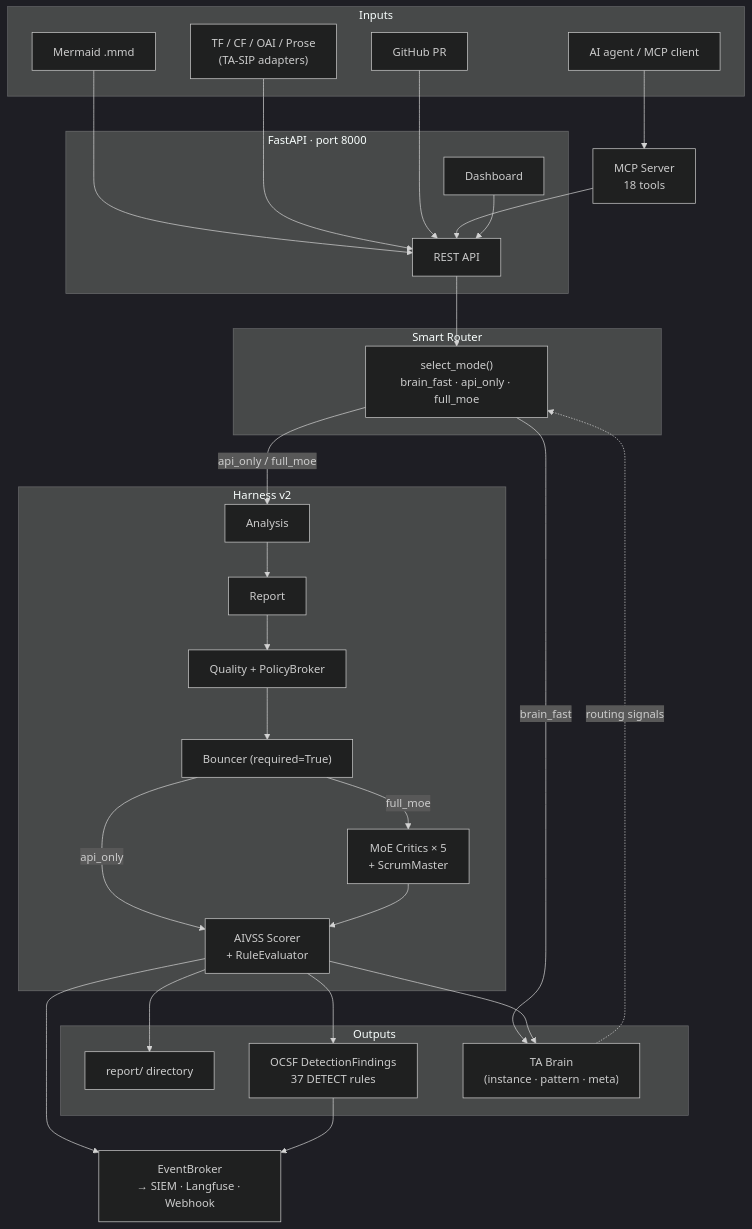
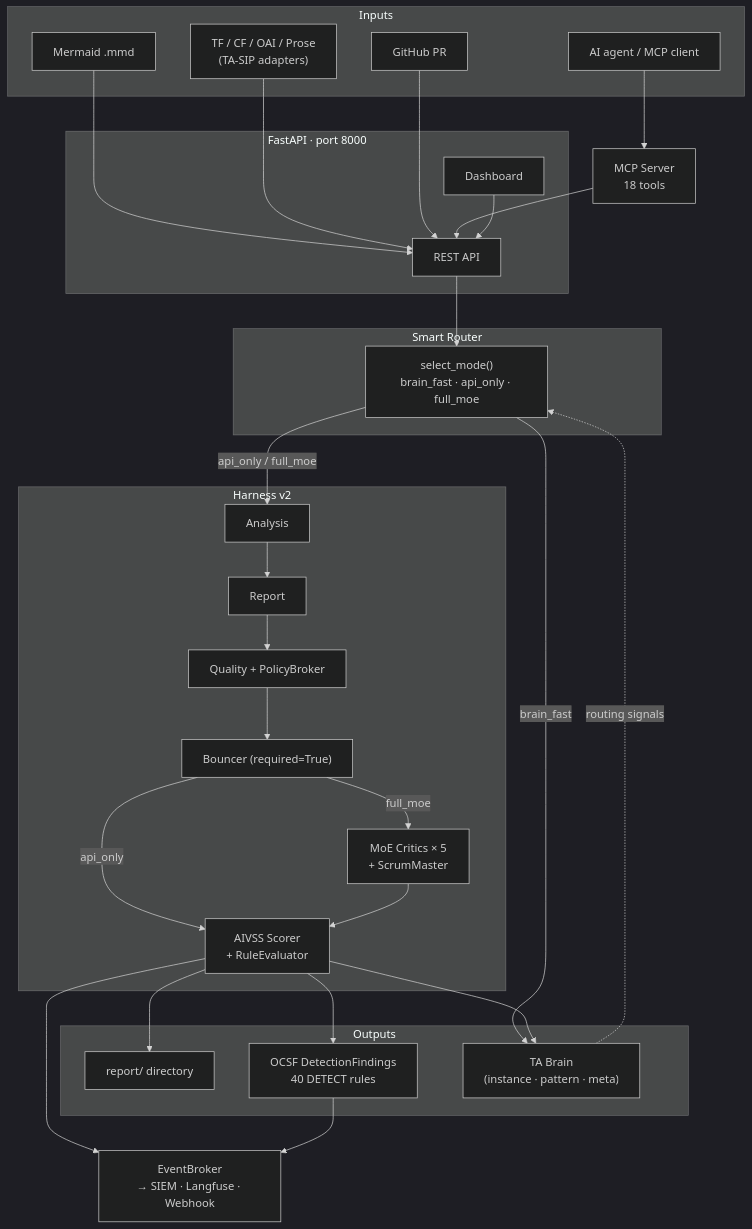
Before and after one commit to BerdTan/threatassessor: the diagram in README.md, drawn with Mermaid (dark theme). The commit also changed other lines of this file, not shown here.

First line of the commit message:
docs(readme): update DETECT rule count, add P28, fix blog post count

````diff
--- a/README.md
+++ b/README.md
@@ -14,63 +14,63 @@
 ```mermaid
 flowchart TD
     subgraph Inputs
         mmd_in["Mermaid .mmd"]
         sip_in["TF / CF / OAI / Prose\n(TA-SIP adapters)"]
         pr_in["GitHub PR"]
         ai_in["AI agent / MCP client"]
     end
 
     subgraph Service["FastAPI  ·  port 8000"]
         rest_api["REST API"]
         dash_ui["Dashboard"]
     end
 
     mcp_srv["MCP Server\n18 tools"]
 
     subgraph Router["Smart Router"]
         sr["select_mode()\nbrain_fast · api_only · full_moe"]
     end
 
     subgraph Harness["Harness v2"]
         an_s["Analysis"]
         rp_s["Report"]
         ql_s["Quality + PolicyBroker"]
         bo_s["Bouncer  (required=True)"]
         cr_s["MoE Critics × 5\n+ ScrumMaster"]
         av_s["AIVSS Scorer\n+ RuleEvaluator"]
     end
 
     eb["EventBroker\n→ SIEM · Langfuse · Webhook"]
 
     subgraph Outputs
         rep_o["report/ directory"]
-        ocsf_o["OCSF DetectionFindings\n37 DETECT rules"]
+        ocsf_o["OCSF DetectionFindings\n40 DETECT rules"]
         brn_o["TA Brain\n(instance · pattern · meta)"]
     end
 
     mmd_in --> rest_api
     sip_in --> rest_api
     pr_in --> rest_api
     ai_in --> mcp_srv
     mcp_srv --> rest_api
     dash_ui --> rest_api
 
     rest_api --> sr
     brn_o -.->|routing signals| sr
 
     sr -->|brain_fast| brn_o
     sr -->|api_only / full_moe| an_s
 
     an_s --> rp_s
     rp_s --> ql_s
     ql_s --> bo_s
     bo_s -->|api_only| av_s
     bo_s -->|full_moe| cr_s
     cr_s --> av_s
 
     av_s --> rep_o
     av_s --> ocsf_o
     av_s --> brn_o
     av_s --> eb
     ocsf_o --> eb
 ```
````
